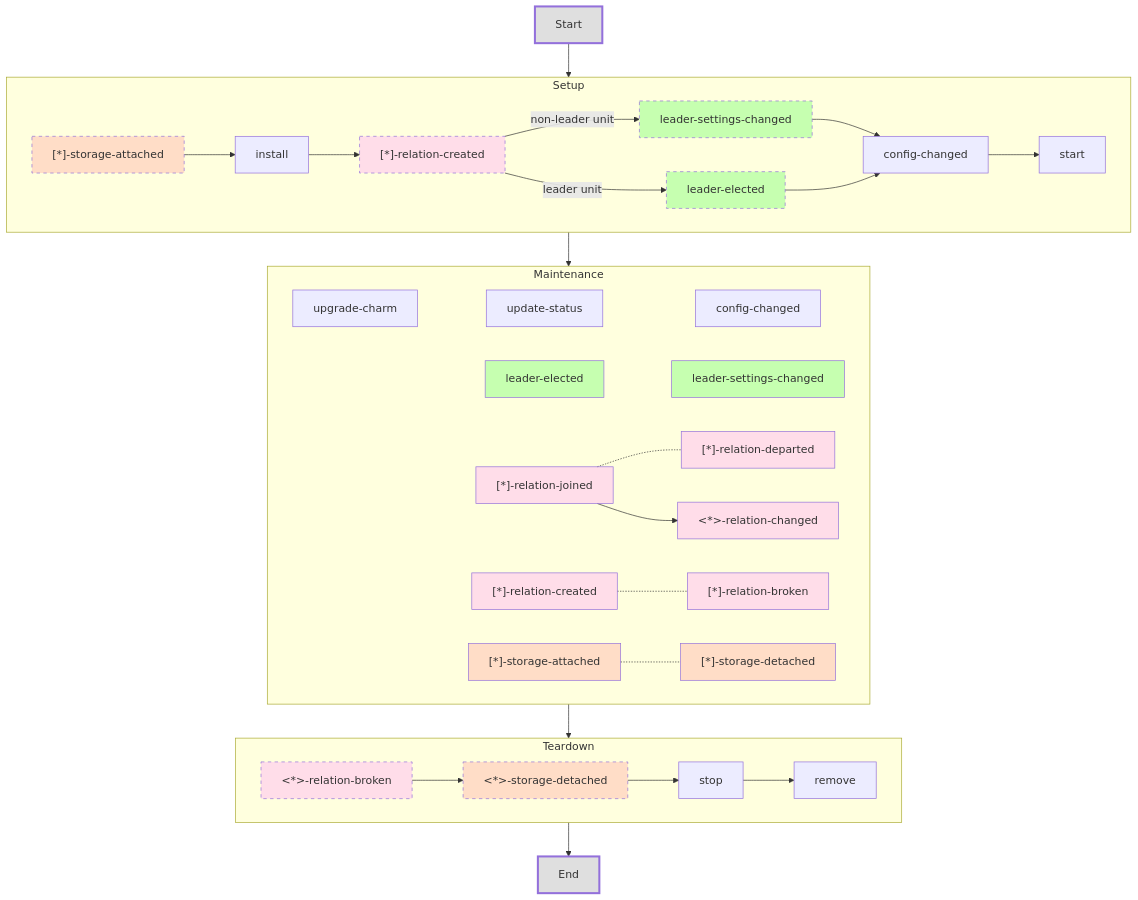
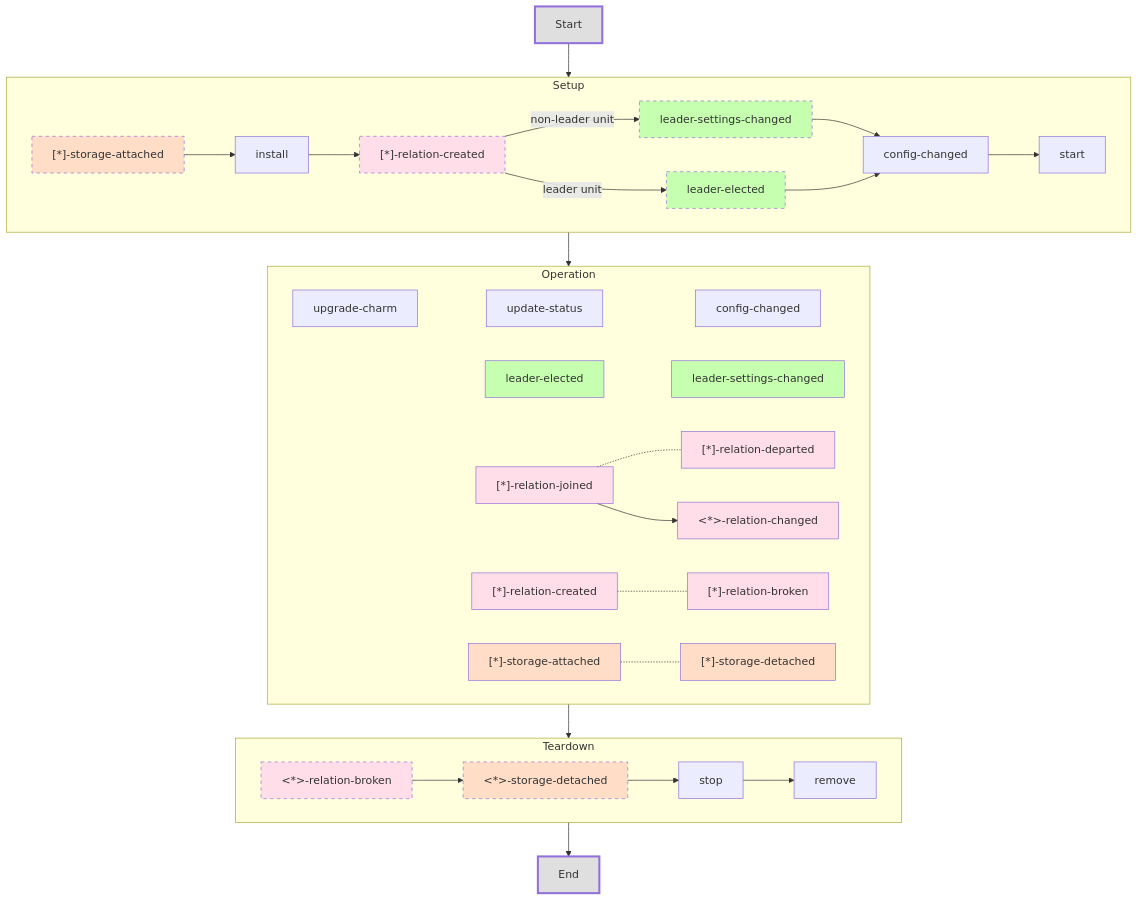
Before and after one commit to canonical/charm-events: the first of 2 diagrams in README.md, drawn with Mermaid. The commit also changed other lines of this file, not shown here.

````diff
--- a/README.md
+++ b/README.md
@@ -5,50 +5,50 @@
 ```mermaid
 flowchart TD
     subgraph Setup
         storage_attached["[*]-storage-attached"]:::optStorageEvent --> install
         install --> relation_created["[*]-relation-created"]:::optRelationEvent
         relation_created --> |leader unit|leader_elected[leader-elected]:::optLeaderEvent
         relation_created --> |non-leader unit|leader_settings_changed[leader-settings-changed]:::optLeaderEvent
         leader_settings_changed --> config_changed[config-changed]
         leader_elected --> config_changed[config-changed]
         config_changed --> start
     end
 
-    subgraph Maintenance
+    subgraph Operation
         upgrade_charm[upgrade-charm] --- 
         update_status[update-status] ---
         config_changed_mant[config-changed] 
         leader_elected_mant[leader-elected]:::leaderEvent --- 
         leader_settings_changed_mant[leader-settings-changed]:::leaderEvent
         relation_joined_mant["[*]-relation-joined"]:::relationEvent -.- relation_departed_mant["[*]-relation-departed"]:::relationEvent
         relation_joined_mant --> relation_changed_mant[<*>-relation-changed]:::relationEvent 
         relation_created_mant["[*]-relation-created"]:::relationEvent -.- relation_broken_mant["[*]-relation-broken"]:::relationEvent 
         storage_attached_mant["[*]-storage-attached"]:::storageEvent -.- storage_detached_mant["[*]-storage-detached"]:::storageEvent
     end
     
     subgraph Teardown
         relation_broken_teard[<*>-relation-broken]:::optRelationEvent -->
         storage_detached[<*>-storage-detached]:::optStorageEvent -->
         stop -->
         remove
     end
     
     Start:::meta --> 
     Setup --> 
-    Maintenance --> 
+    Operation --> 
     Teardown --> 
     End:::meta
 
 linkStyle 7 stroke:#fff0,stroke-width:1px;
 linkStyle 8 stroke:#fff0,stroke-width:1px;
 linkStyle 9 stroke:#fff0,stroke-width:1px;
 
 classDef relationEvent fill:#f9f5;
 classDef storageEvent fill:#f995;
 classDef leaderEvent fill:#5f55;
 classDef meta fill:#1112,stroke-width:3px;
 
 classDef optRelationEvent fill:#f9f5,stroke-dasharray: 5 5;
 classDef optStorageEvent fill:#f995,stroke-dasharray: 5 5;
 classDef optLeaderEvent fill:#5f55,stroke-dasharray: 5 5;
 ```
````
